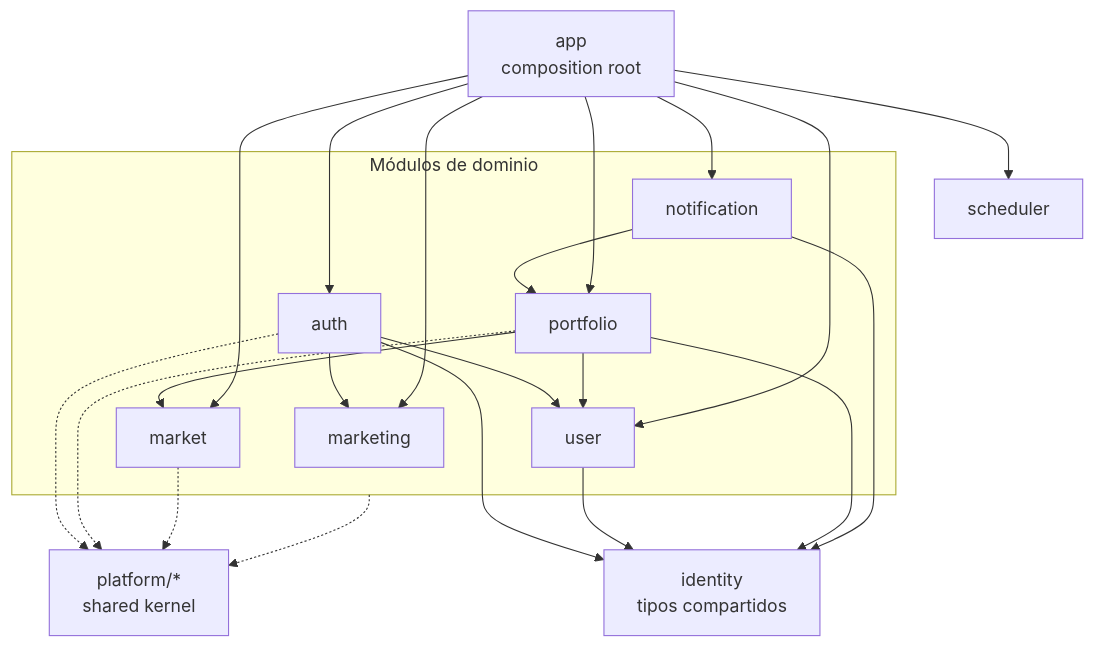
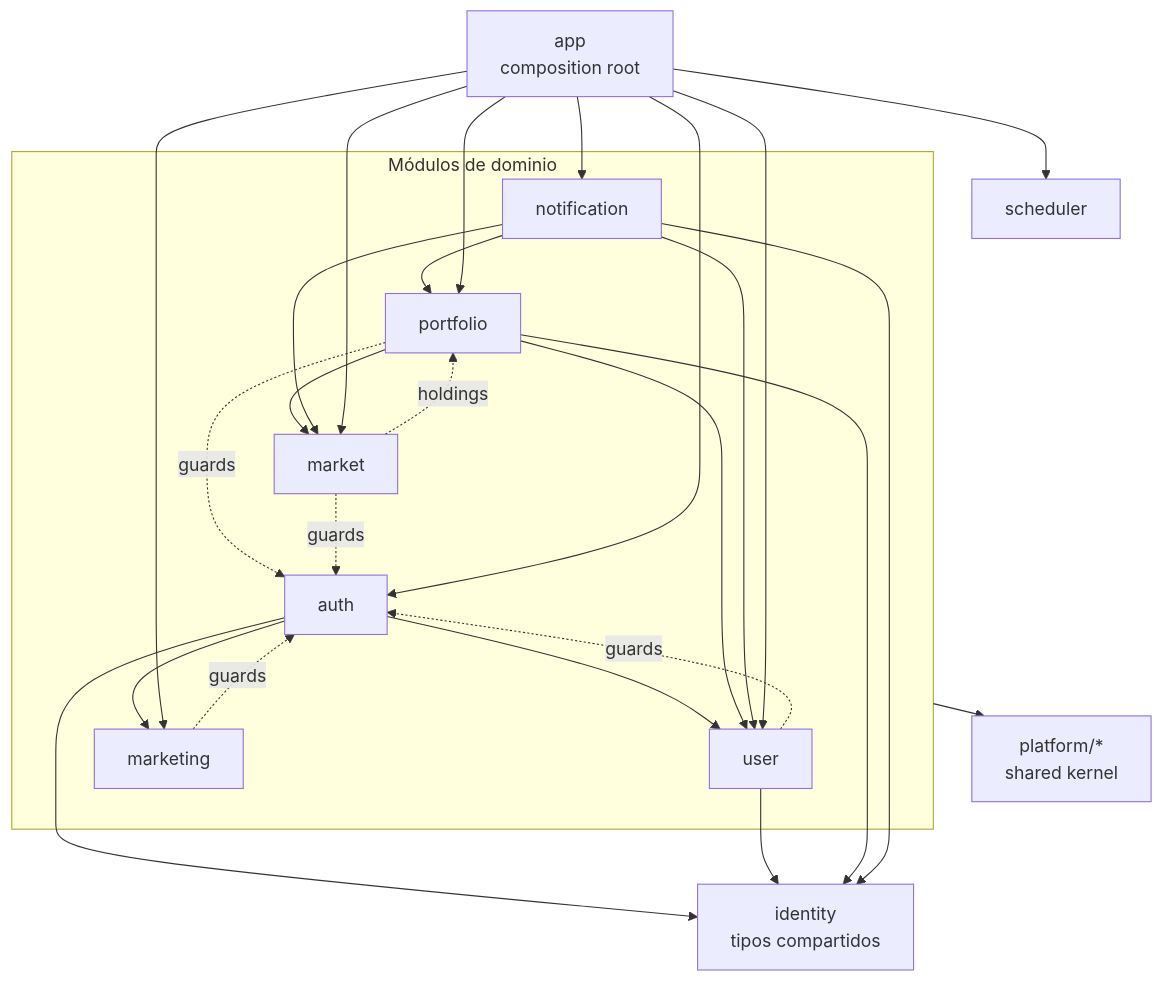
One commit to yeferson59/finexia-app changed the diagram in docs/ARCHITECTURE.md. Above: the diagram before and after it, drawn with Mermaid. The commit also changed other lines of this file and 45 other files, not shown here.

````diff
--- a/docs/ARCHITECTURE.md
+++ b/docs/ARCHITECTURE.md
@@ -99,31 +107,36 @@
 ```mermaid
 graph TD
     app[app<br/>composition root]
     subgraph domain[Módulos de dominio]
+        auth --> user
         auth --> marketing
-        auth --> user
         portfolio --> user
         portfolio --> market
+        notification --> user
+        notification --> market
         notification --> portfolio
+
+        user -. guards .-> auth
+        marketing -. guards .-> auth
+        portfolio -. guards .-> auth
+        market -. guards .-> auth
+        market -. holdings .-> portfolio
     end
     identity[identity<br/>tipos compartidos]
     platform[platform/*<br/>shared kernel]
 
     app --> auth
     app --> user
     app --> portfolio
     app --> market
     app --> marketing
     app --> notification
     app --> scheduler
 
     auth --> identity
     user --> identity
     portfolio --> identity
     notification --> identity
 
-    auth -.-> platform
-    portfolio -.-> platform
-    market -.-> platform
-    domain -.-> platform
+    domain --> platform
 ```
````
